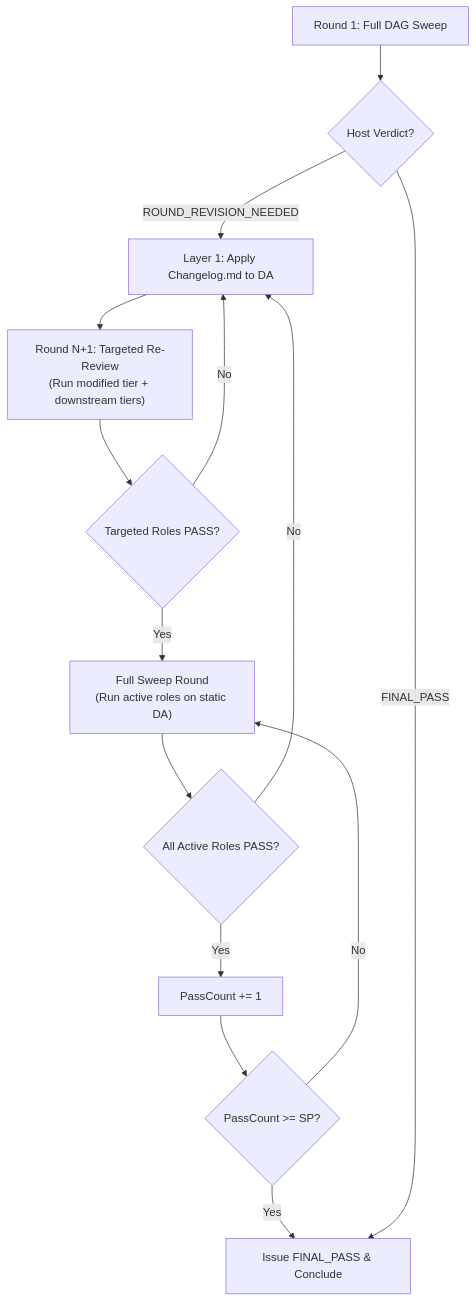
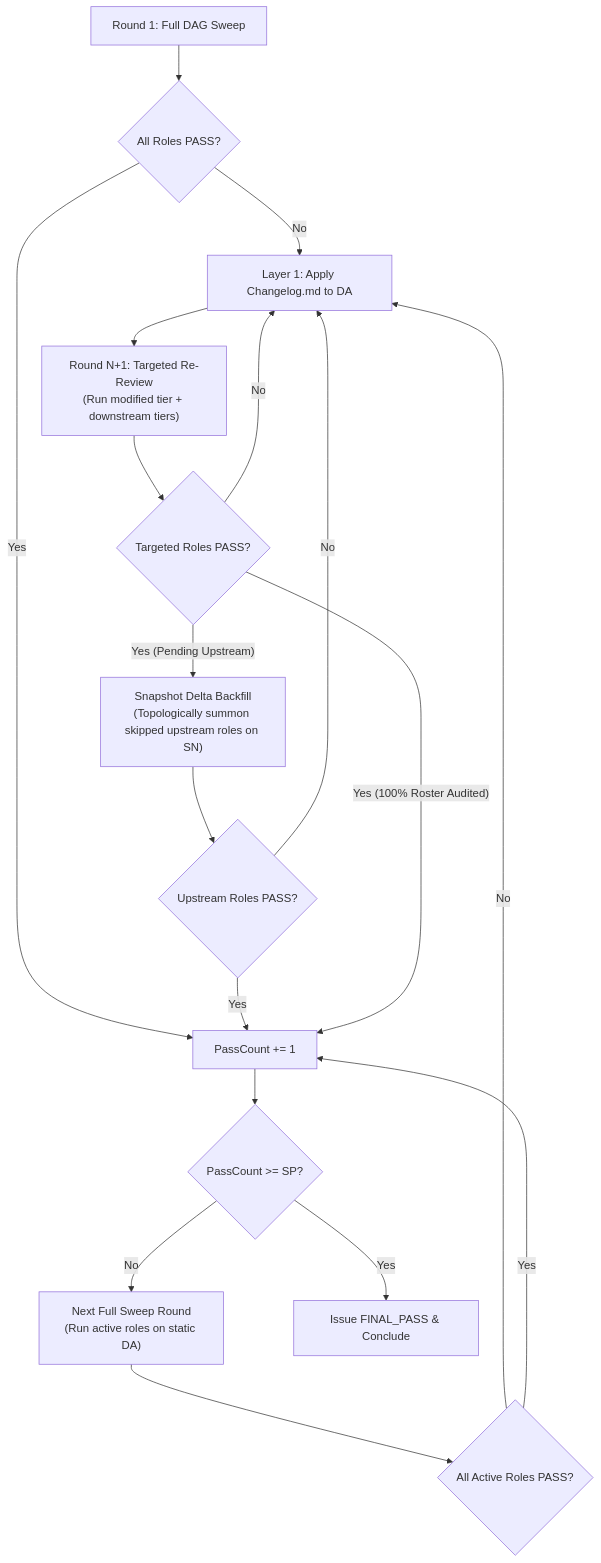
The diagram in productivity/conduct-deep-reviewing-loop/SKILL.md (loerei/myskills), drawn with Mermaid before and after one commit. The commit also changed other lines of this file and 5 other files, not shown here.

Commit message:
feat(conduct-deep-reviewing-loop): implement Snapshot Delta Backfill and native Full Sweep recognition to optimize subagent re-invocation

````diff
--- a/productivity/conduct-deep-reviewing-loop/SKILL.md
+++ b/productivity/conduct-deep-reviewing-loop/SKILL.md
@@ -20,16 +20,21 @@
 ```mermaid
 flowchart TD
-    Start["Round 1: Full DAG Sweep"] --> Eval{"Host Verdict?"}
-    Eval -->|"ROUND_REVISION_NEEDED"| Apply["Layer 1: Apply Changelog.md to DA"]
+    Start["Round 1: Full DAG Sweep"] --> Eval{"All Roles PASS?"}
+    Eval -->|"No"| Apply["Layer 1: Apply Changelog.md to DA"]
+    Eval -->|"Yes"| Accumulate["PassCount += 1"]
     Apply --> TargetRun["Round N+1: Targeted Re-Review<br/>(Run modified tier + downstream tiers)"]
-    TargetRun --> CheckTarget{"Targeted Roles PASS?"}
+    CheckTarget{"Targeted Roles PASS?"}
+    TargetRun --> CheckTarget
     CheckTarget -->|"No"| Apply
-    CheckTarget -->|"Yes"| FullSweep["Full Sweep Round<br/>(Run active roles on static DA)"]
+    CheckTarget -->|"Yes (Pending Upstream)"| Backfill["Snapshot Delta Backfill<br/>(Topologically summon skipped upstream roles on SN)"]
+    Backfill --> BackfillCheck{"Upstream Roles PASS?"}
+    BackfillCheck -->|"No"| Apply
+    BackfillCheck -->|"Yes"| Accumulate
+    CheckTarget -->|"Yes (100% Roster Audited)"| Accumulate
+    Accumulate --> SPCheck{"PassCount >= SP?"}
+    SPCheck -->|"No"| FullSweep["Next Full Sweep Round<br/>(Run active roles on static DA)"]
     FullSweep --> SweepCheck{"All Active Roles PASS?"}
     SweepCheck -->|"No"| Apply
-    SweepCheck -->|"Yes"| Accumulate["PassCount += 1"]
-    Accumulate --> SPCheck{"PassCount >= SP?"}
-    SPCheck -->|"No"| FullSweep
+    SweepCheck -->|"Yes"| Accumulate
     SPCheck -->|"Yes"| FinalPass["Issue FINAL_PASS & Conclude"]
-    Eval -->|"FINAL_PASS"| FinalPass
 ```
````
